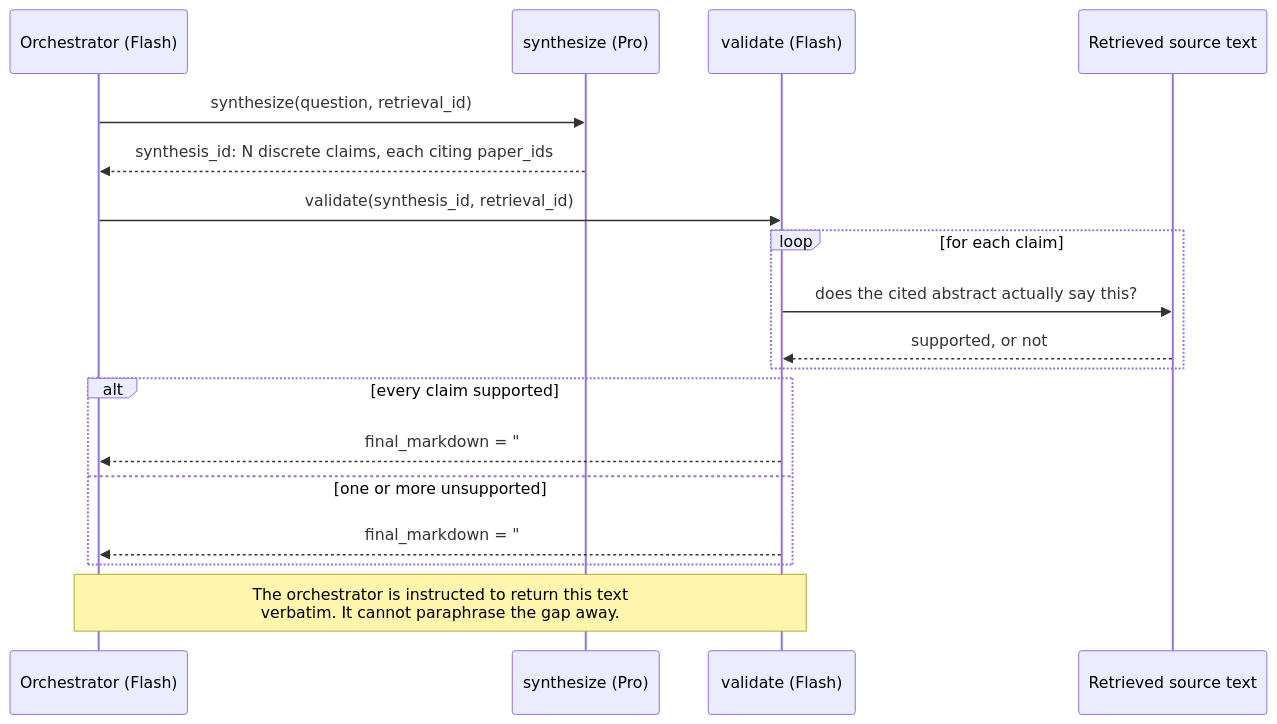
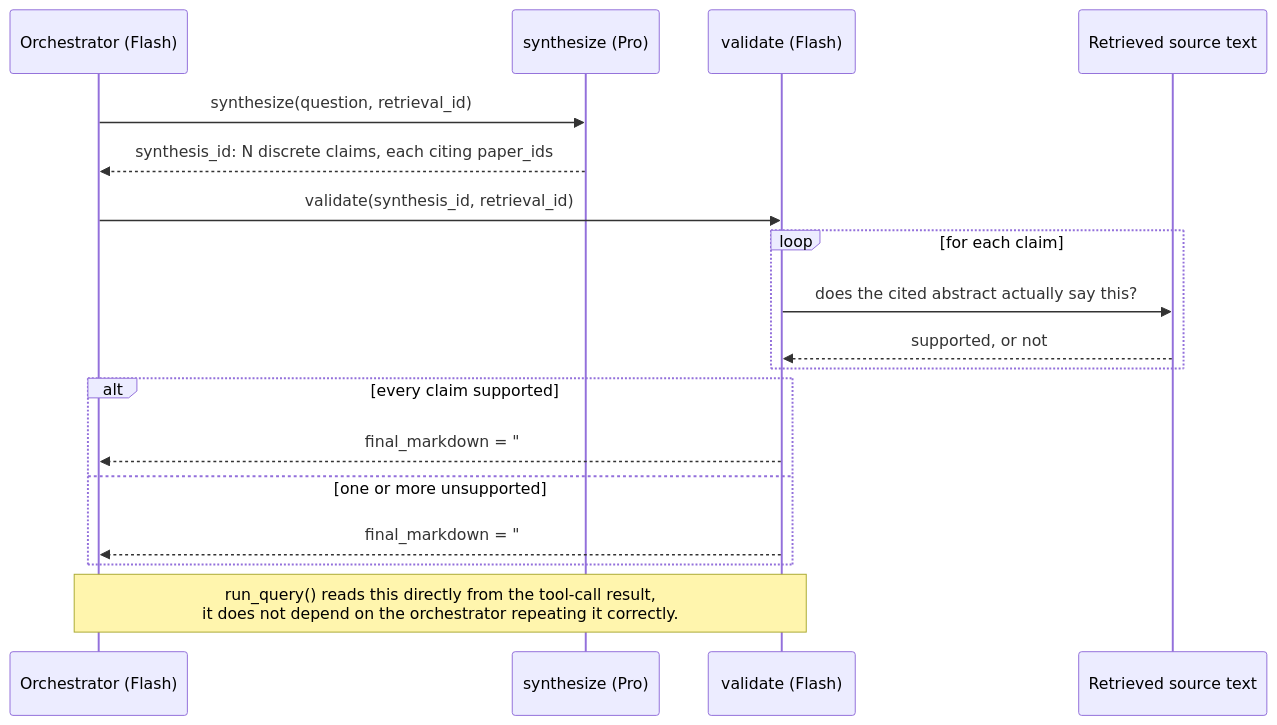
The third of 3 diagrams in README.md (curtisdarst/research-triage-agent), drawn with Mermaid before and after one commit. The commit also changed other lines of this file and 3 other files, not shown here.

````diff
--- a/README.md
+++ b/README.md
@@ -113,21 +118,21 @@
 ```mermaid
 sequenceDiagram
     participant O as Orchestrator (Flash)
     participant Y as synthesize (Pro)
     participant V as validate (Flash)
     participant S as Retrieved source text
 
     O->>Y: synthesize(question, retrieval_id)
     Y-->>O: synthesis_id: N discrete claims, each citing paper_ids
     O->>V: validate(synthesis_id, retrieval_id)
     loop for each claim
         V->>S: does the cited abstract actually say this?
         S-->>V: supported, or not
     end
     alt every claim supported
         V-->>O: final_markdown = "## Findings" only
     else one or more unsupported
         V-->>O: final_markdown = "## Findings" (supported claims)<br/>+ "## Could not verify" (named gap, not dropped)
     end
-    Note over V,O: The orchestrator is instructed to return this text<br/>verbatim. It cannot paraphrase the gap away.
+    Note over V,O: run_query() reads this directly from the tool-call result,<br/>it does not depend on the orchestrator repeating it correctly.
 ```
````
